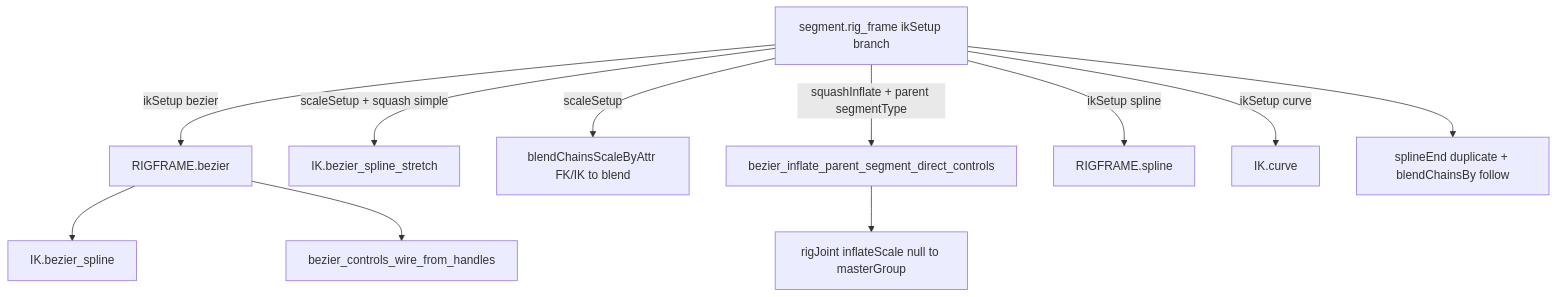
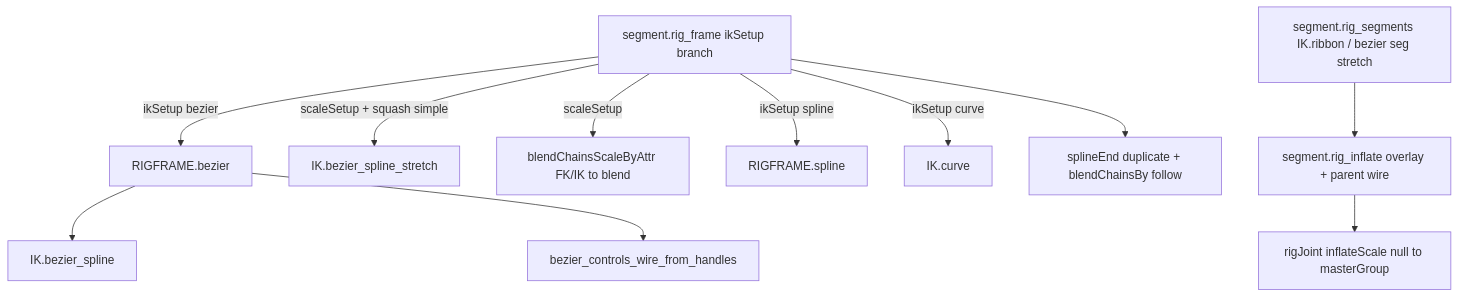
One commit to jjburton/cgmToolsDev changed the diagram in Branches/Branch_BezierIK.md. Above: the diagram before and after it, drawn with Mermaid. The commit also changed other lines of this file and 2 other files, not shown here.

First line of the commit message:
Document expanded Bezier IK build contract

````diff
--- a/Branches/Branch_BezierIK.md
+++ b/Branches/Branch_BezierIK.md
@@ -75,14 +75,16 @@
 ```mermaid
 flowchart TD
   segmentRig[segment.rig_frame ikSetup branch]
   segmentRig -->|ikSetup bezier| rigFrameBezier[RIGFRAME.bezier]
   rigFrameBezier --> bezierSpline[IK.bezier_spline]
   rigFrameBezier --> wireCV[bezier_controls_wire_from_handles]
   segmentRig -->|scaleSetup + squash simple| stretch[IK.bezier_spline_stretch]
   segmentRig -->|scaleSetup| scaleBlend[blendChainsScaleByAttr FK/IK to blend]
-  segmentRig -->|squashInflate + parent segmentType| inflateParent[bezier_inflate_parent_segment_direct_controls]
-  inflateParent --> rigDirect[rigJoint inflateScale null to masterGroup]
+  rigSegments[segment.rig_segments IK.ribbon / bezier seg stretch]
+  rigInflate[segment.rig_inflate overlay + parent wire]
+  rigSegments --> rigInflate
+  rigInflate --> rigDirect[rigJoint inflateScale null to masterGroup]
   segmentRig -->|ikSetup spline| rigFrameSpline[RIGFRAME.spline]
   segmentRig -->|ikSetup curve| ikCurve[IK.curve]
   segmentRig --> endDup[splineEnd duplicate + blendChainsBy follow]
 ```
````
